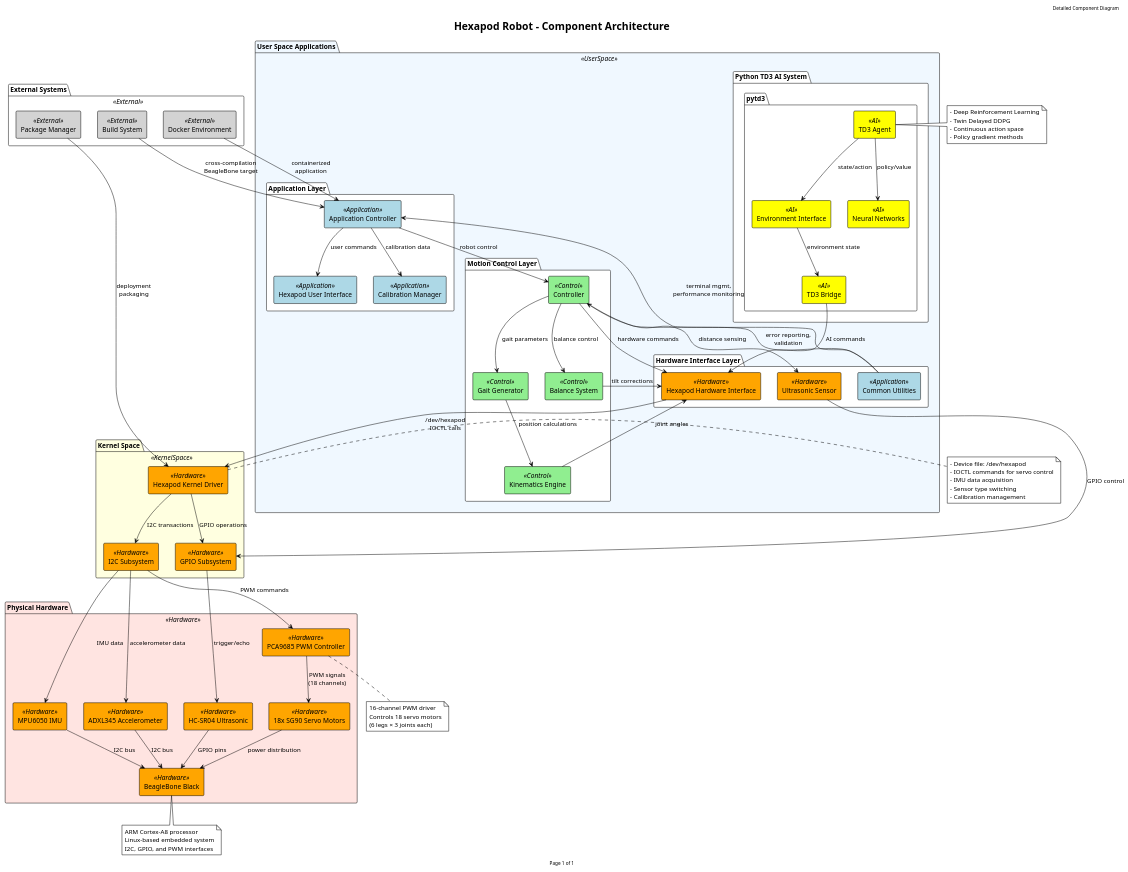
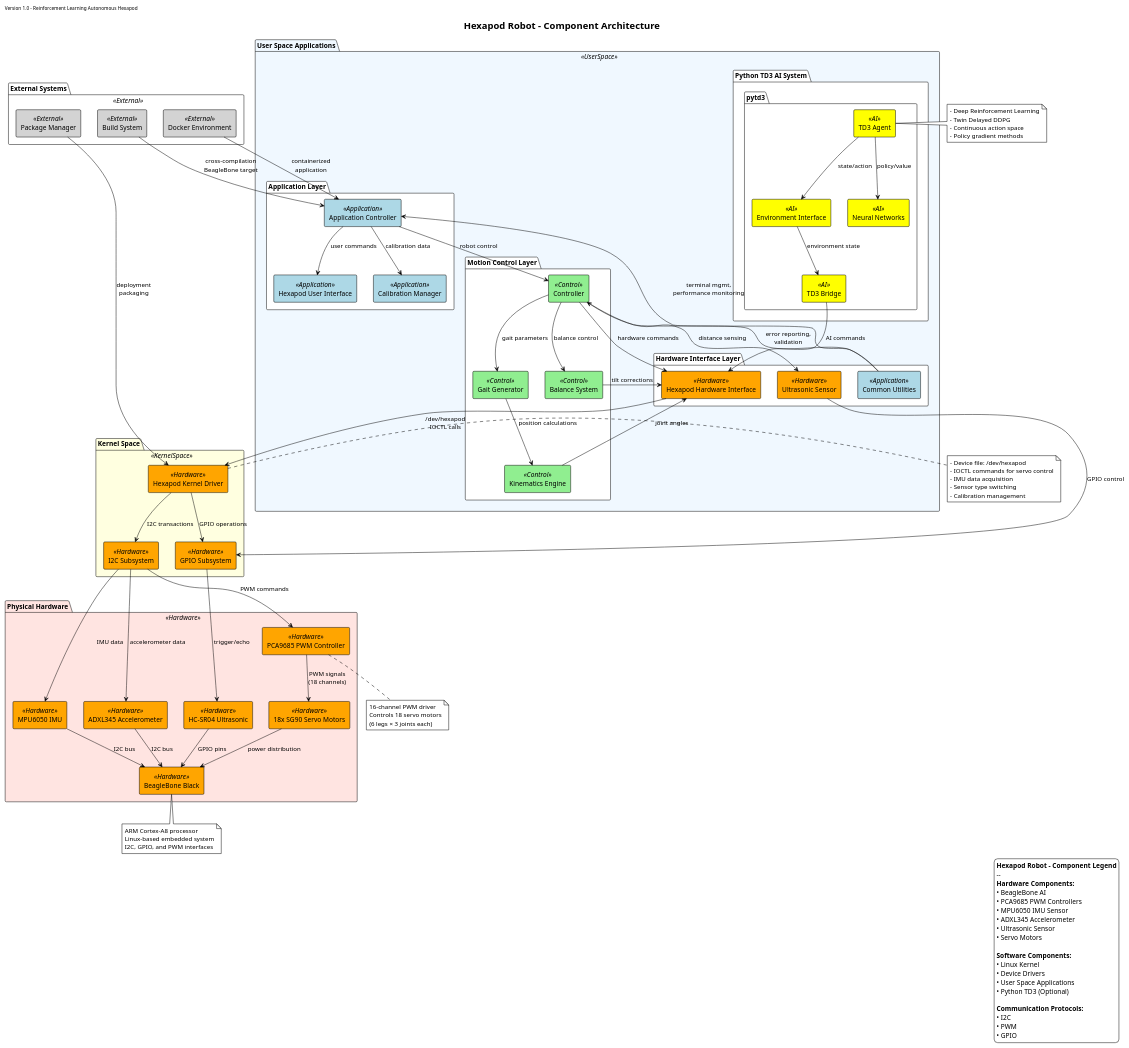
The diagram in docs/diagrams/src/component.puml (NguyenTrongPhuc552003/reinforcement-automative-hexapod), drawn with PlantUML before and after one commit. The commit also changed 5 other files, not shown here.

```diff
--- a/docs/diagrams/src/component.puml
+++ b/docs/diagrams/src/component.puml
@@ -20,150 +20,178 @@
 @startuml component
 !theme plain
-skinparam componentStyle rectangle
-skinparam backgroundColor White
+
+title <font size=20><b>Hexapod Robot - Component Architecture</b></font>
+left header Version 1.0 - Reinforcement Learning Autonomous Hexapod
+right header BeagleBone AI Platform
+
+skinparam {
+    componentStyle rectangle
+    backgroundColor White
+}
+
 skinparam component {
     BackgroundColor<<Application>> LightBlue
     BackgroundColor<<Control>> LightGreen
     BackgroundColor<<Hardware>> Orange
     BackgroundColor<<AI>> Yellow
     BackgroundColor<<External>> LightGray
 }
+
 skinparam package {
     BackgroundColor<<UserSpace>> AliceBlue
     BackgroundColor<<KernelSpace>> LightYellow
     BackgroundColor<<Hardware>> MistyRose
 }
-
-title Hexapod Robot - Component Architecture
-header Detailed Component Diagram
-footer Page 1 of 1
 
 package "User Space Applications" <<UserSpace>> {
     
     package "Application Layer" {
         component [Application Controller] <<Application>> as AppCtrl
         component [Hexapod User Interface] <<Application>> as UI
         component [Calibration Manager] <<Application>> as CalMgr
     }
     
     package "Motion Control Layer" {
         component [Gait Generator] <<Control>> as GaitGen
         component [Kinematics Engine] <<Control>> as KinematicsEng
         component [Balance System] <<Control>> as BalSys
         component [Controller] <<Control>> as Ctrl
     }
     
     package "Hardware Interface Layer" {
         component [Hexapod Hardware Interface] <<Hardware>> as HexHW
         component [Ultrasonic Sensor] <<Hardware>> as USSensor
         component [Common Utilities] <<Application>> as CommonUtil
     }
     
     package "Python TD3 AI System" {
         package "pytd3" {
             component [TD3 Agent] <<AI>> as TD3Agent
             component [Environment Interface] <<AI>> as EnvInterface
             component [Neural Networks] <<AI>> as NeuralNets
             component [TD3 Bridge] <<AI>> as TD3Bridge
         }
     }
 }
 
 package "Kernel Space" <<KernelSpace>> {
     component [Hexapod Kernel Driver] <<Hardware>> as KernelDriver
     component [I2C Subsystem] <<Hardware>> as I2C
     component [GPIO Subsystem] <<Hardware>> as GPIO
 }
 
 package "Physical Hardware" <<Hardware>> {
     component [BeagleBone Black] <<Hardware>> as BBB
     component [PCA9685 PWM Controller] <<Hardware>> as PCA9685
     component [MPU6050 IMU] <<Hardware>> as MPU6050
     component [ADXL345 Accelerometer] <<Hardware>> as ADXL345
     component [HC-SR04 Ultrasonic] <<Hardware>> as HCSR04
     component [18x SG90 Servo Motors] <<Hardware>> as Servos
 }
 
 package "External Systems" <<External>> {
     component [Docker Environment] <<External>> as Docker
     component [Build System] <<External>> as BuildSys
     component [Package Manager] <<External>> as PkgMgr
 }
 
 ' Application Layer Connections
 AppCtrl --> UI : "user commands"
 AppCtrl --> Ctrl : "robot control"
 AppCtrl --> CalMgr : "calibration data"
 
 ' Control Layer Connections
 Ctrl --> GaitGen : "gait parameters"
 Ctrl --> BalSys : "balance control"
 Ctrl --> HexHW : "hardware commands"
 GaitGen --> KinematicsEng : "position calculations"
 KinematicsEng --> HexHW : "joint angles"
 BalSys --> HexHW : "tilt corrections"
 
 ' Hardware Interface Connections
 HexHW --> KernelDriver : "/dev/hexapod\nIOCTL calls"
 USSensor --> GPIO : "GPIO control"
 Ctrl --> USSensor : "distance sensing"
 
 ' AI System Connections
 TD3Agent --> EnvInterface : "state/action"
 TD3Agent --> NeuralNets : "policy/value"
 TD3Bridge --> HexHW : "AI commands"
 EnvInterface --> TD3Bridge : "environment state"
 
 ' Kernel Connections
 KernelDriver --> I2C : "I2C transactions"
 KernelDriver --> GPIO : "GPIO operations"
 I2C --> PCA9685 : "PWM commands"
 I2C --> MPU6050 : "IMU data"
 I2C --> ADXL345 : "accelerometer data"
 GPIO --> HCSR04 : "trigger/echo"
 
 ' Hardware Connections
 PCA9685 --> Servos : "PWM signals\n(18 channels)"
 MPU6050 --> BBB : "I2C bus"
 ADXL345 --> BBB : "I2C bus"
 HCSR04 --> BBB : "GPIO pins"
 Servos --> BBB : "power distribution"
 
 ' External System Connections
 Docker --> AppCtrl : "containerized\napplication"
 BuildSys --> AppCtrl : "cross-compilation\nBeagleBone target"
 PkgMgr --> KernelDriver : "deployment\npackaging"
 
 ' Common Utilities Connections
 CommonUtil --> AppCtrl : "terminal mgmt,\nperformance monitoring"
 CommonUtil --> Ctrl : "error reporting,\nvalidation"
 
 ' Notes for key components
 note right of KernelDriver
   - Device file: /dev/hexapod
   - IOCTL commands for servo control
   - IMU data acquisition
   - Sensor type switching
   - Calibration management
 end note
 
 note right of TD3Agent
   - Deep Reinforcement Learning
   - Twin Delayed DDPG
   - Continuous action space
   - Policy gradient methods
 end note
 
 note bottom of PCA9685
   16-channel PWM driver
   Controls 18 servo motors
   (6 legs × 3 joints each)
 end note
 
 note bottom of BBB
   ARM Cortex-A8 processor
   Linux-based embedded system
   I2C, GPIO, and PWM interfaces
 end note
 
+legend right
+  <b>Hexapod Robot - Component Legend</b>
+  --
+  <b>Hardware Components:</b>
+  • BeagleBone AI
+  • PCA9685 PWM Controllers
+  • MPU6050 IMU Sensor
+  • ADXL345 Accelerometer
+  • Ultrasonic Sensor
+  • Servo Motors
+
+  <b>Software Components:</b>
+  • Linux Kernel
+  • Device Drivers
+  • User Space Applications
+  • Python TD3 (Optional)
+
+  <b>Communication Protocols:</b>
+  • I2C
+  • PWM
+  • GPIO
+end legend
+
 @enduml
```
